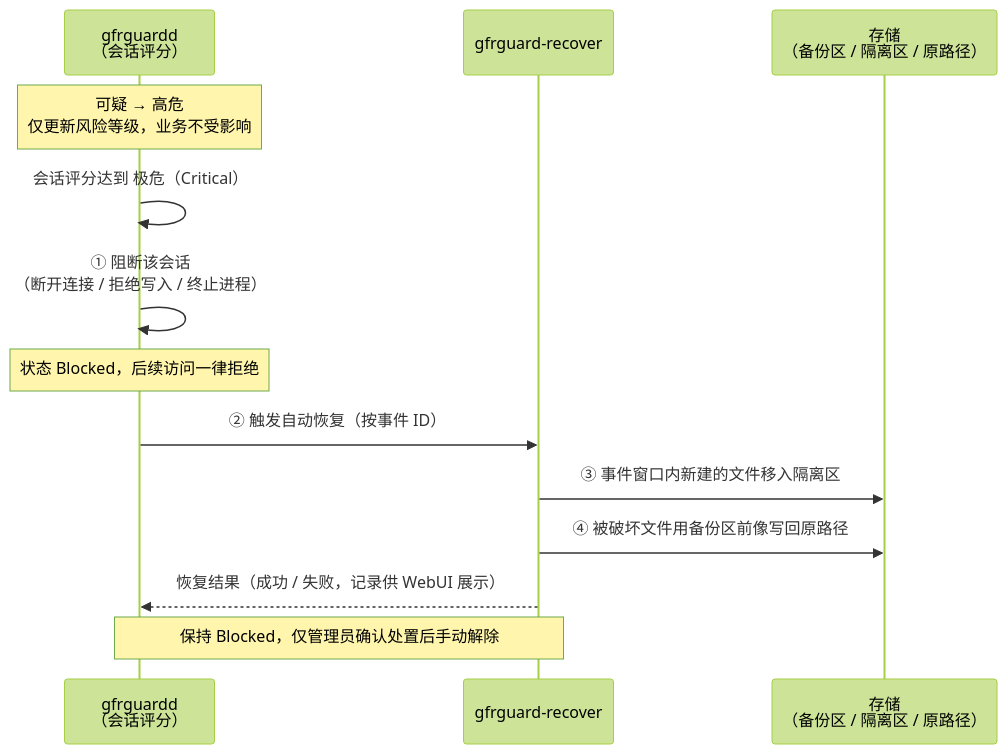
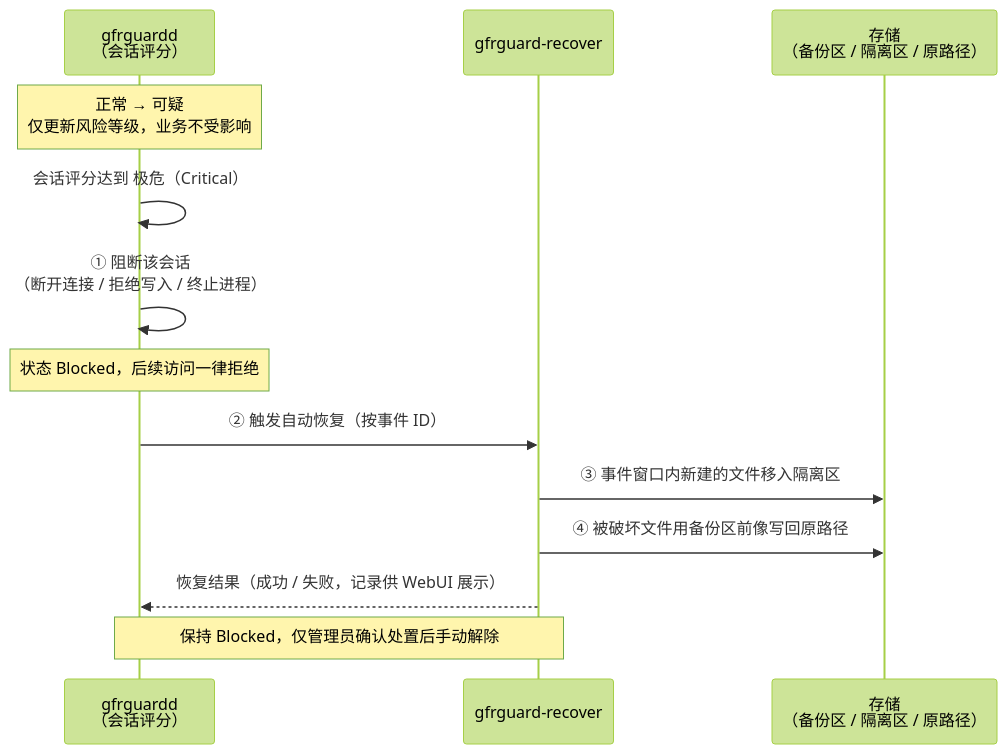
One commit to xd121614/ne_gfrguard changed the eighth of 12 diagrams in doc/specs/architecture_v2.md. Above: the diagram before and after it, drawn with Mermaid (forest theme). The commit also changed other lines of this file and 2 other files, not shown here.

````diff
--- a/doc/specs/architecture_v2.md
+++ b/doc/specs/architecture_v2.md
@@ -523,16 +522,16 @@
 ```mermaid
 sequenceDiagram
 	participant D as gfrguardd<br/>（会话评分）
 	participant C as gfrguard-recover
 	participant ST as 存储<br/>（备份区 / 隔离区 / 原路径）
 
-	Note over D: 可疑 → 高危<br/>仅更新风险等级，业务不受影响
+	Note over D: 正常 → 可疑<br/>仅更新风险等级，业务不受影响
 	D->>D: 会话评分达到 极危（Critical）
 	D->>D: ① 阻断该会话<br/>（断开连接 / 拒绝写入 / 终止进程）
 	Note over D: 状态 Blocked，后续访问一律拒绝
 	D->>C: ② 触发自动恢复（按事件 ID）
 	C->>ST: ③ 事件窗口内新建的文件移入隔离区
 	C->>ST: ④ 被破坏文件用备份区前像写回原路径
 	C-->>D: 恢复结果（成功 / 失败，记录供 WebUI 展示）
 	Note over D,C: 保持 Blocked，仅管理员确认处置后手动解除
 ```
````
